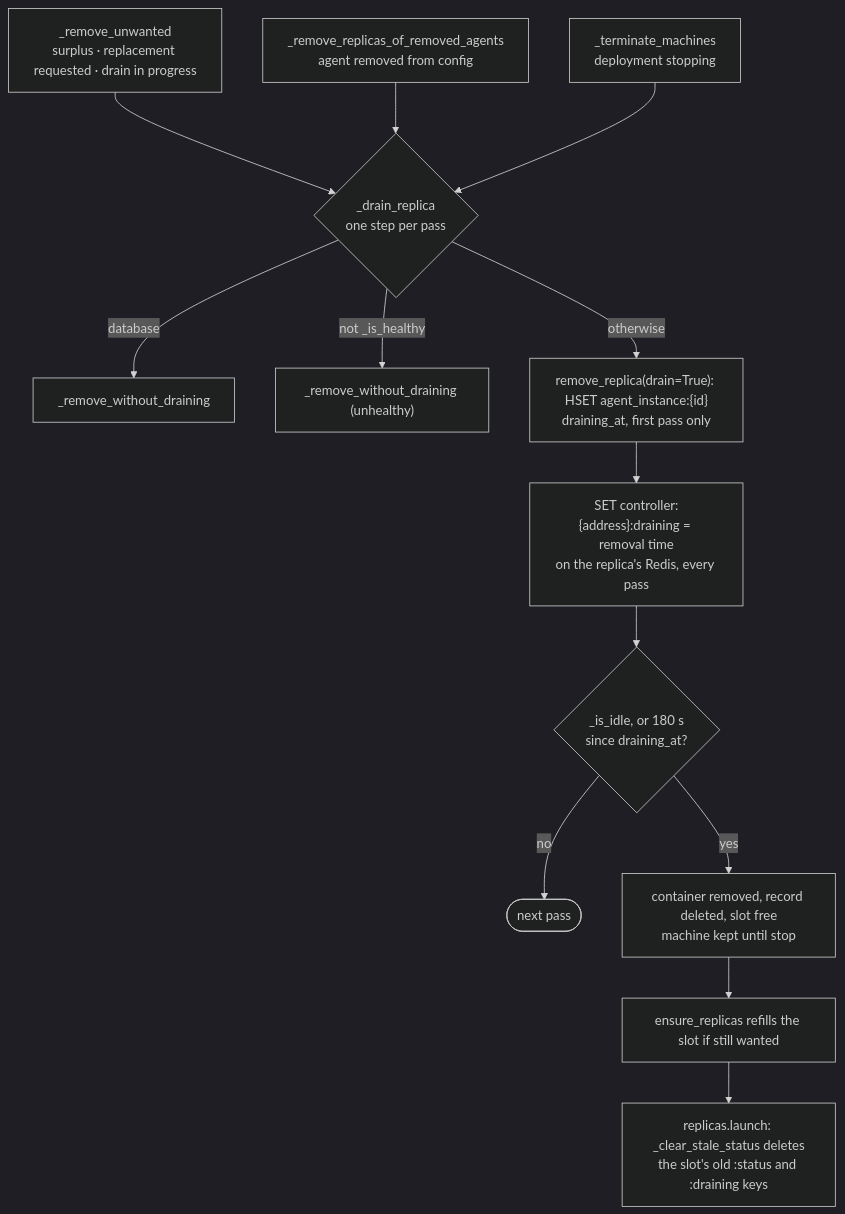
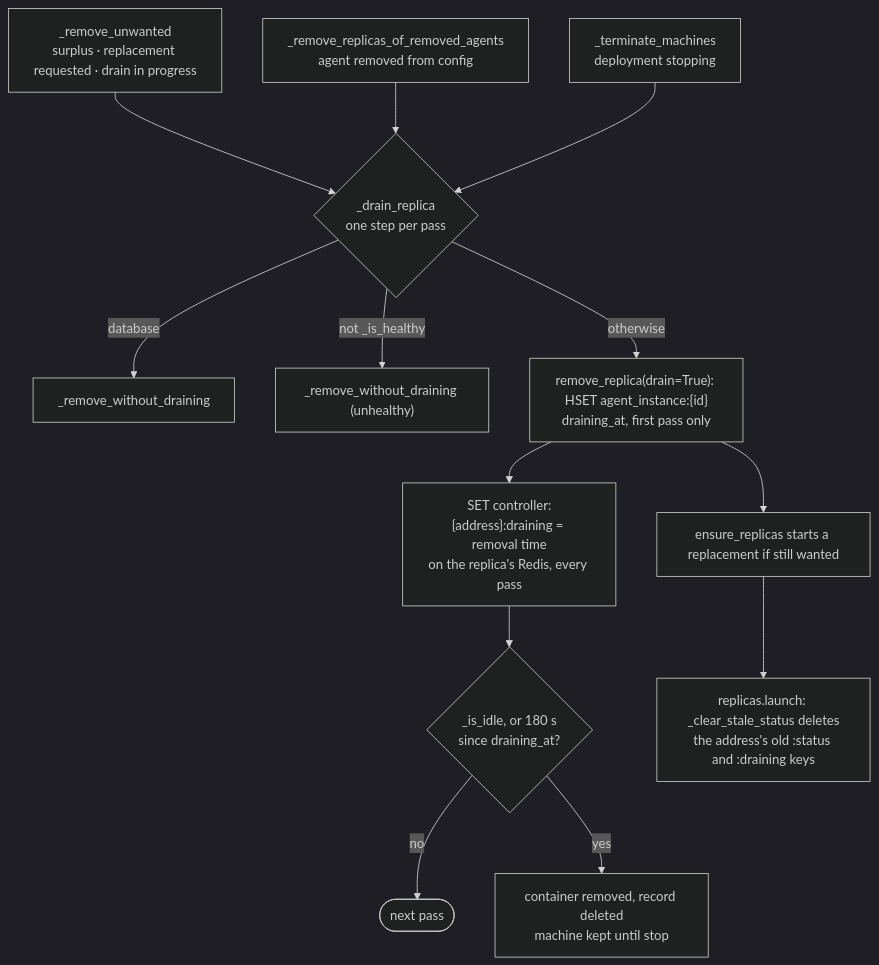
One commit to CanyonCodeCoreAI/canyonos changed the first of 3 diagrams in docs/architecture/RECONCILER.md. Above: the diagram before and after it, drawn with Mermaid (dark theme). The commit also changed other lines of this file and 39 other files, not shown here.

````diff
--- a/docs/architecture/RECONCILER.md
+++ b/docs/architecture/RECONCILER.md
@@ -134,15 +134,15 @@
 ```mermaid
 flowchart TD
     unwanted["_remove_unwanted<br/>surplus · replacement requested · drain in progress"] --> drain
     gone["_remove_replicas_of_removed_agents<br/>agent removed from config"] --> drain
     stop["_terminate_machines<br/>deployment stopping"] --> drain
     drain{"_drain_replica<br/>one step per pass"} -->|database| now["_remove_without_draining"]
     drain -->|not _is_healthy| unhealthy["_remove_without_draining (unhealthy)"]
     drain -->|otherwise| mark["remove_replica(drain=True): HSET agent_instance:{id}<br/>draining_at, first pass only"]
     mark --> flag["SET controller:{address}:draining = removal time<br/>on the replica's Redis, every pass"]
     flag --> idle{"_is_idle, or 180 s<br/>since draining_at?"}
     idle -->|no| next(["next pass"])
-    idle -->|yes| drained["container removed, record deleted, slot free<br/>machine kept until stop"]
-    drained --> refill["ensure_replicas refills the slot if still wanted"]
-    refill --> clear["replicas.launch: _clear_stale_status deletes<br/>the slot's old :status and :draining keys"]
+    idle -->|yes| drained["container removed, record deleted<br/>machine kept until stop"]
+    mark --> refill["ensure_replicas starts a replacement if still wanted"]
+    refill --> clear["replicas.launch: _clear_stale_status deletes<br/>the address's old :status and :draining keys"]
 ```
````
